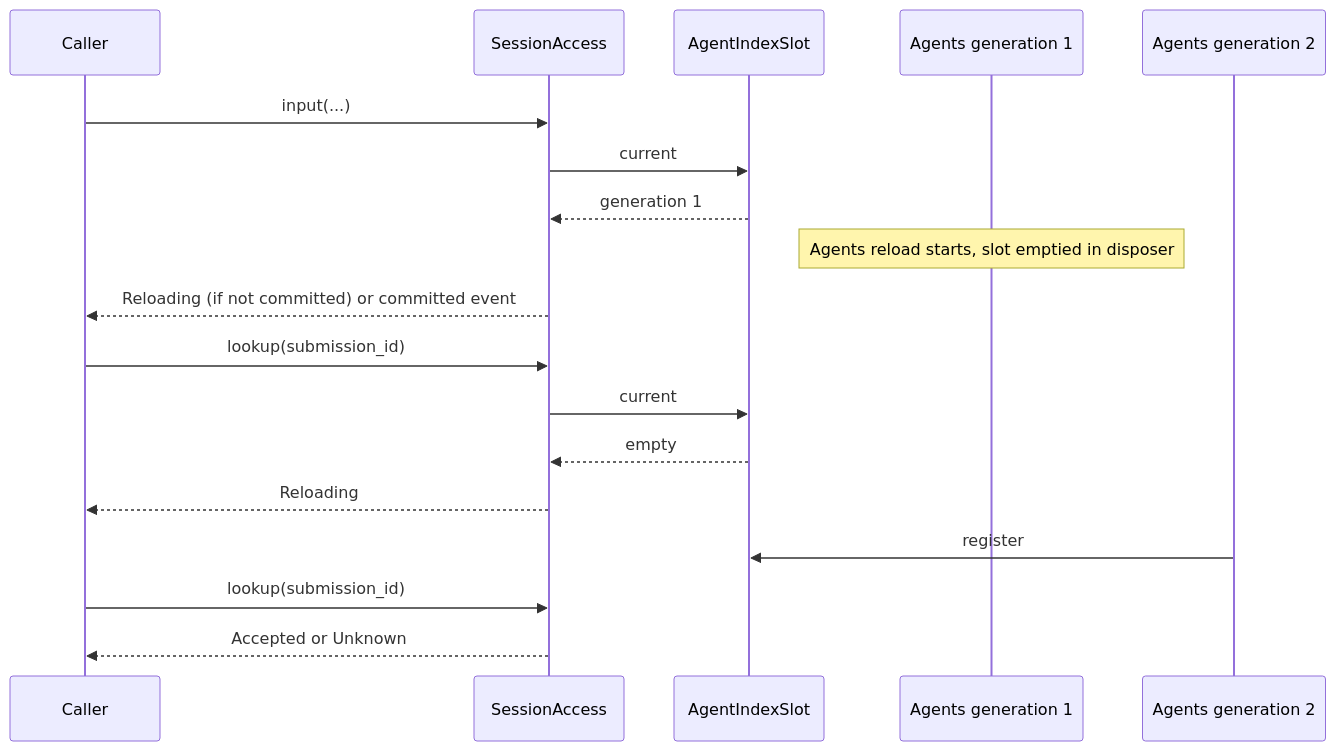
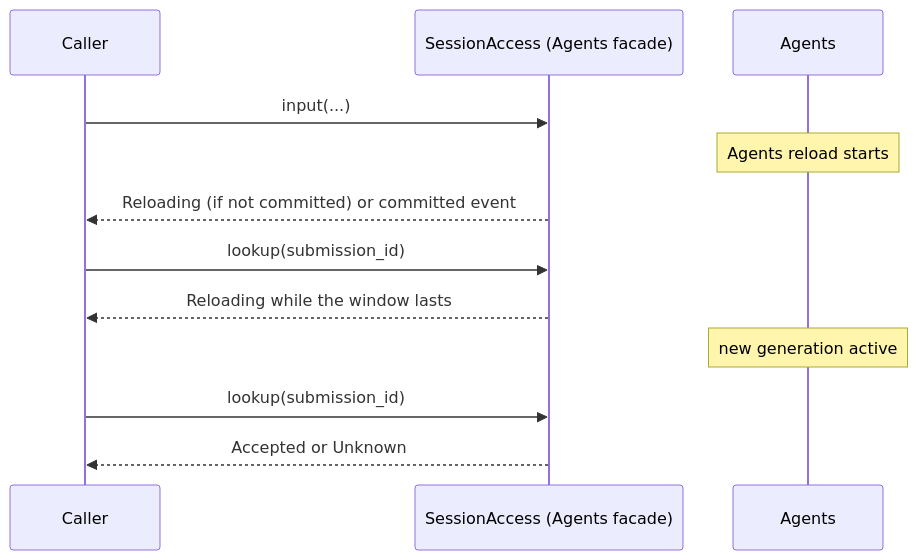
One commit to CoutinhoTTS/dim-agent changed the sixth of 6 diagrams in docs/design/contracts/session-access.md. Above: the diagram before and after it, drawn with Mermaid. The commit also changed other lines of this file and 4 other files, not shown here.

````diff
--- a/docs/design/contracts/session-access.md
+++ b/docs/design/contracts/session-access.md
@@ -191,20 +151,14 @@
 ```mermaid
 sequenceDiagram
   participant C as Caller
-  participant SA as SessionAccess
-  participant Slot as AgentIndexSlot
-  participant A1 as Agents generation 1
-  participant A2 as Agents generation 2
+  participant SA as SessionAccess (Agents facade)
+  participant A as Agents
   C->>SA: input(...)
-  SA->>Slot: current
-  Slot-->>SA: generation 1
-  Note over A1: Agents reload starts, slot emptied in disposer
+  Note over A: Agents reload starts
   SA-->>C: Reloading (if not committed) or committed event
   C->>SA: lookup(submission_id)
-  SA->>Slot: current
-  Slot-->>SA: empty
-  SA-->>C: Reloading
-  A2->>Slot: register
+  SA-->>C: Reloading while the window lasts
+  Note over A: new generation active
   C->>SA: lookup(submission_id)
   SA-->>C: Accepted or Unknown
 ```
````
